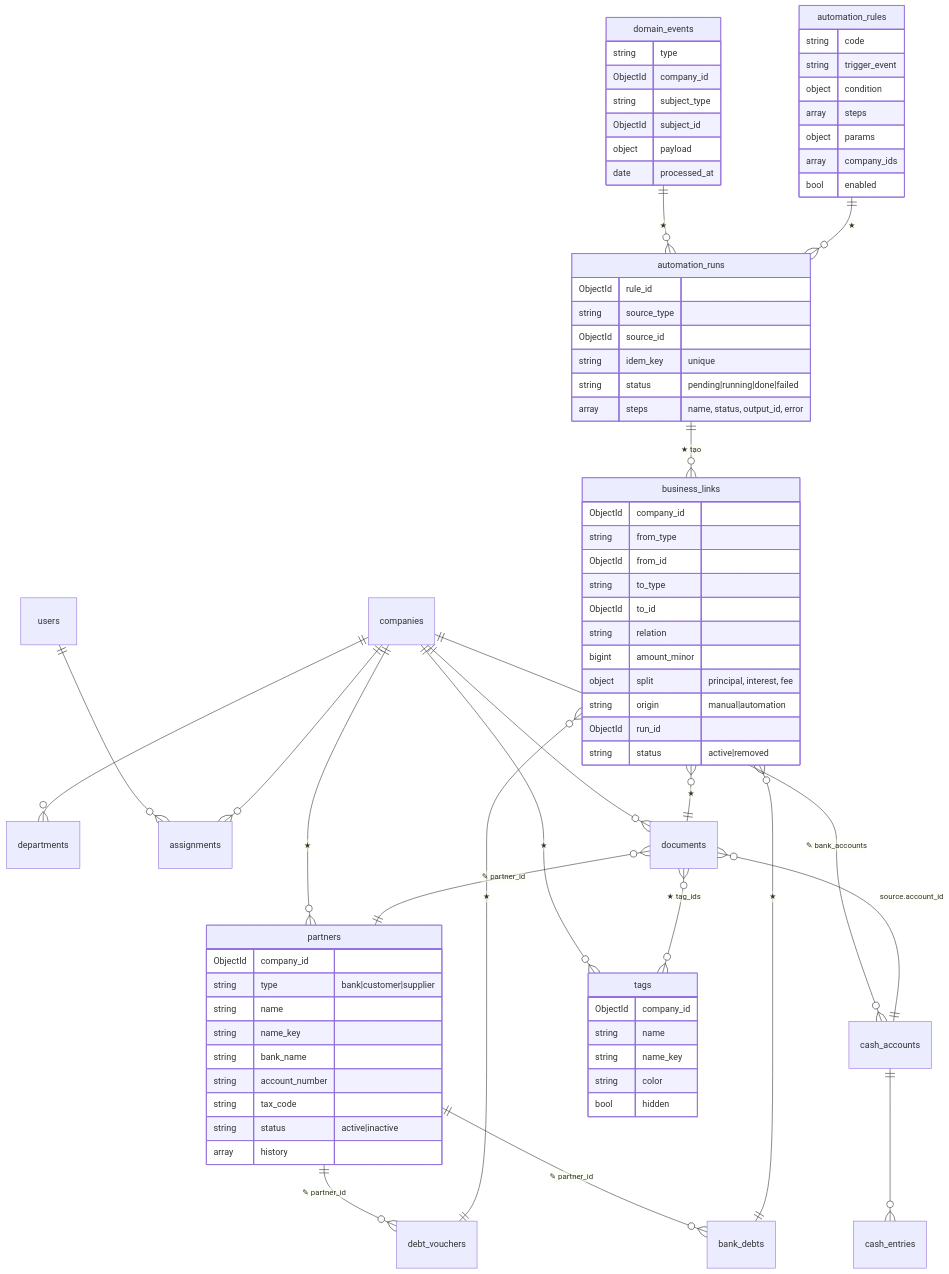
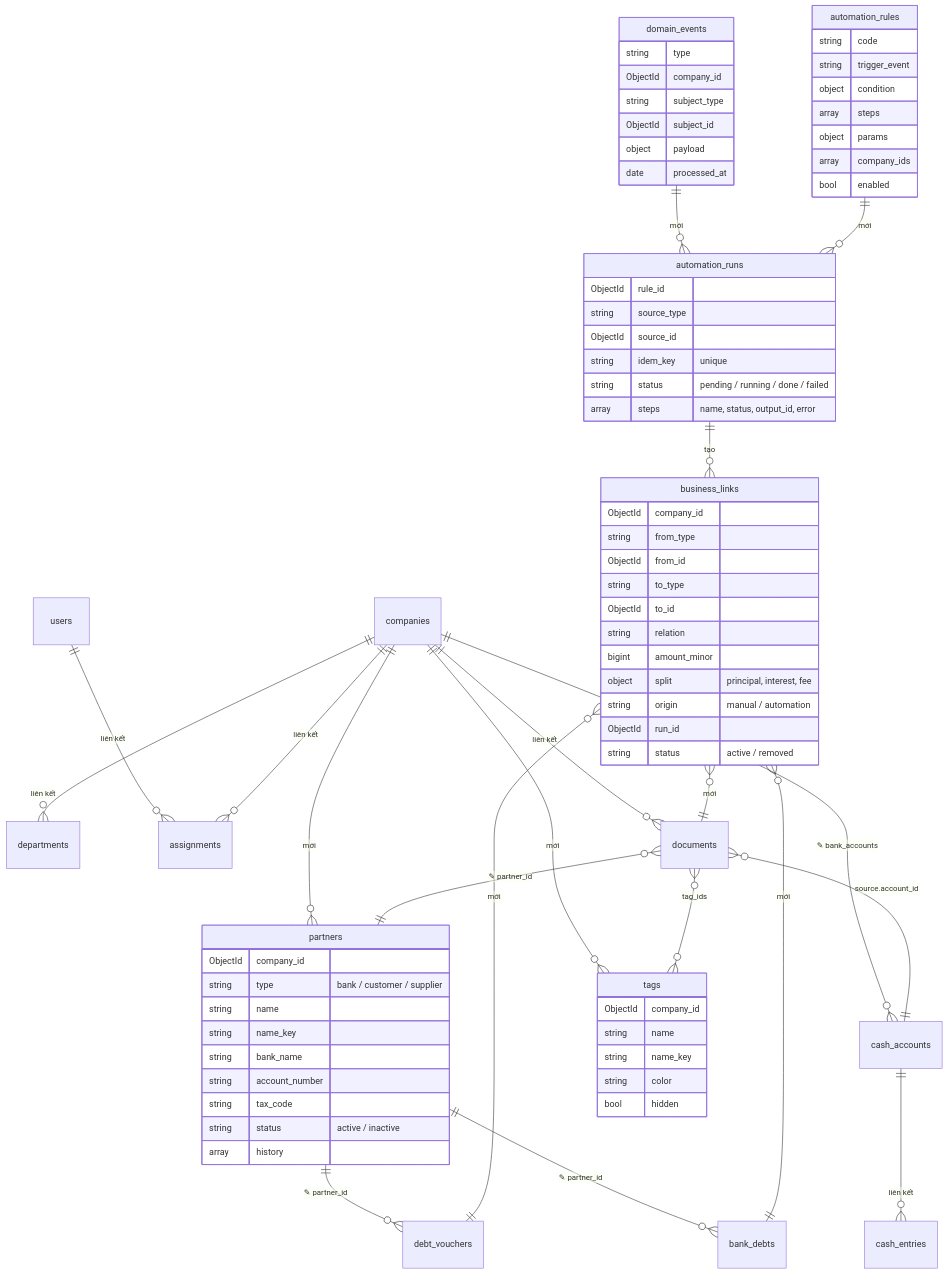
One commit to hainh/FinGate changed diagram 15 of 16 in v2/v2.md. Above: the diagram before and after it, drawn with Mermaid. The commit also changed other lines of this file, not shown here.

Commit message:
fix(docs v2): sua so do mermaid khong render (alias erDiagram, nhan rong, dau ; trong sequenceDiagram) - kiem tra render mermaid 10.9 & 11

````diff
--- a/v2/v2.md
+++ b/v2/v2.md
@@ -977,79 +977,79 @@
 ```mermaid
 erDiagram
-  companies ||--o{ departments : ""
-  users ||--o{ assignments : ""
-  companies ||--o{ assignments : ""
+  companies ||--o{ departments : "liên kết"
+  users ||--o{ assignments : "liên kết"
+  companies ||--o{ assignments : "liên kết"
   companies ||--o{ cash_accounts : "✎ bank_accounts"
-  companies ||--o{ partners : "★"
-  companies ||--o{ tags : "★"
-  companies ||--o{ documents : ""
+  companies ||--o{ partners : "mới"
+  companies ||--o{ tags : "mới"
+  companies ||--o{ documents : "liên kết"
   documents }o--|| partners : "✎ partner_id"
-  documents }o--o{ tags : "★ tag_ids"
+  documents }o--o{ tags : "tag_ids"
   documents }o--|| cash_accounts : "source.account_id"
-  cash_accounts ||--o{ cash_entries : ""
+  cash_accounts ||--o{ cash_entries : "liên kết"
   partners ||--o{ debt_vouchers : "✎ partner_id"
   partners ||--o{ bank_debts : "✎ partner_id"
-  business_links }o--|| documents : "★"
-  business_links }o--|| debt_vouchers : "★"
-  business_links }o--|| bank_debts : "★"
-  domain_events ||--o{ automation_runs : "★"
-  automation_rules ||--o{ automation_runs : "★"
-  automation_runs ||--o{ business_links : "★ tạo"
+  business_links }o--|| documents : "mới"
+  business_links }o--|| debt_vouchers : "mới"
+  business_links }o--|| bank_debts : "mới"
+  domain_events ||--o{ automation_runs : "mới"
+  automation_rules ||--o{ automation_runs : "mới"
+  automation_runs ||--o{ business_links : "tạo"
 
   partners {
     ObjectId company_id
-    string type "bank|customer|supplier"
+    string type "bank / customer / supplier"
     string name
     string name_key
     string bank_name
     string account_number
     string tax_code
-    string status "active|inactive"
+    string status "active / inactive"
     array history
   }
   tags {
     ObjectId company_id
     string name
     string name_key
     string color
     bool hidden
   }
   business_links {
     ObjectId company_id
     string from_type
     ObjectId from_id
     string to_type
     ObjectId to_id
     string relation
     bigint amount_minor
     object split "principal, interest, fee"
-    string origin "manual|automation"
+    string origin "manual / automation"
     ObjectId run_id
-    string status "active|removed"
+    string status "active / removed"
   }
   automation_rules {
     string code
     string trigger_event
     object condition
     array steps
     object params
     array company_ids
     bool enabled
   }
   automation_runs {
     ObjectId rule_id
     string source_type
     ObjectId source_id
     string idem_key "unique"
-    string status "pending|running|done|failed"
+    string status "pending / running / done / failed"
     array steps "name, status, output_id, error"
   }
   domain_events {
     string type
     ObjectId company_id
     string subject_type
     ObjectId subject_id
     object payload
     date processed_at
   }
 ```
````
